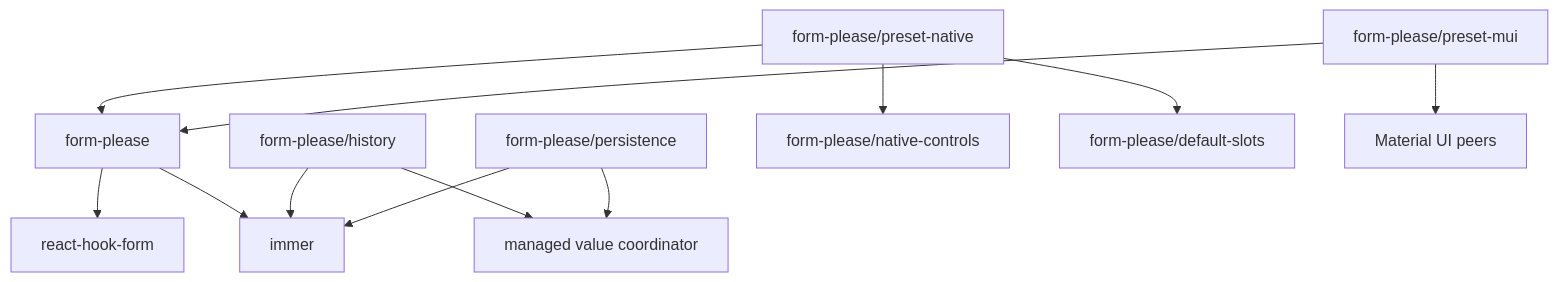
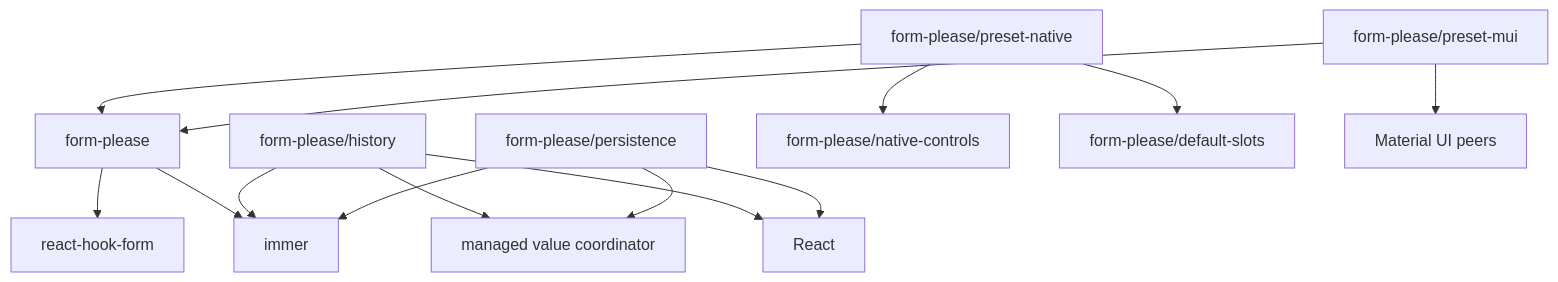
The diagram in docs/ARCHITECTURE.md (r13v/form-please), drawn with Mermaid before and after one commit. The commit also changed other lines of this file and 26 other files, not shown here.

````diff
--- a/docs/ARCHITECTURE.md
+++ b/docs/ARCHITECTURE.md
@@ -26,14 +26,16 @@
 ```mermaid
 flowchart TD
     Root["form-please"] --> RHF["react-hook-form"]
     Root --> Immer["immer"]
     History["form-please/history"] --> Coordinator["managed value coordinator"]
     History --> Immer
+    History --> React
     Persistence["form-please/persistence"] --> Coordinator
     Persistence --> Immer
+    Persistence --> React
     NativePreset["form-please/preset-native"] --> Root
     NativePreset --> NativeControls["form-please/native-controls"]
     NativePreset --> DefaultSlots["form-please/default-slots"]
     MuiPreset["form-please/preset-mui"] --> Root
     MuiPreset --> Mui["Material UI peers"]
 ```
````
